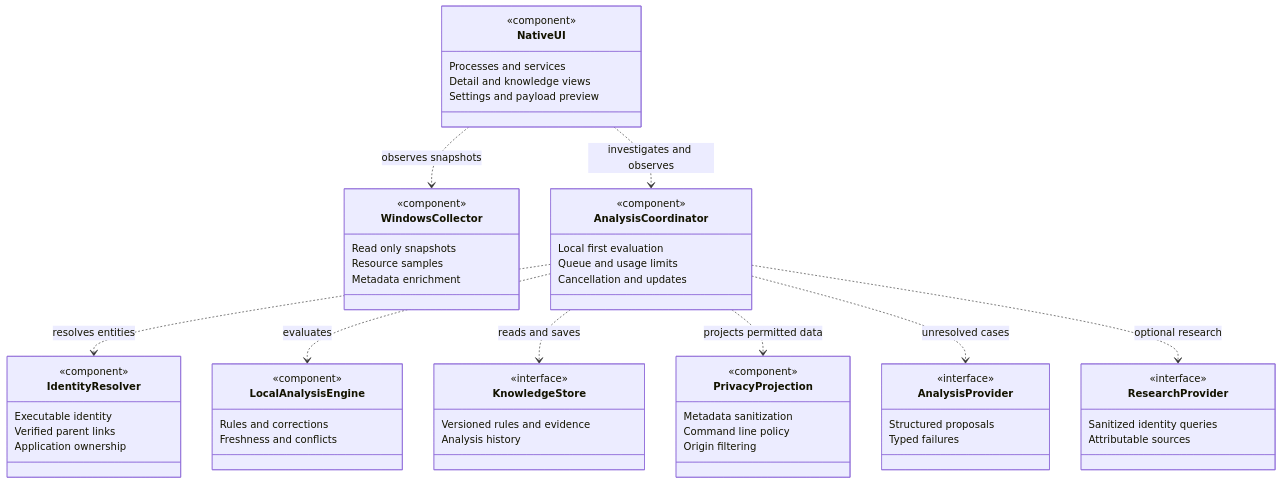
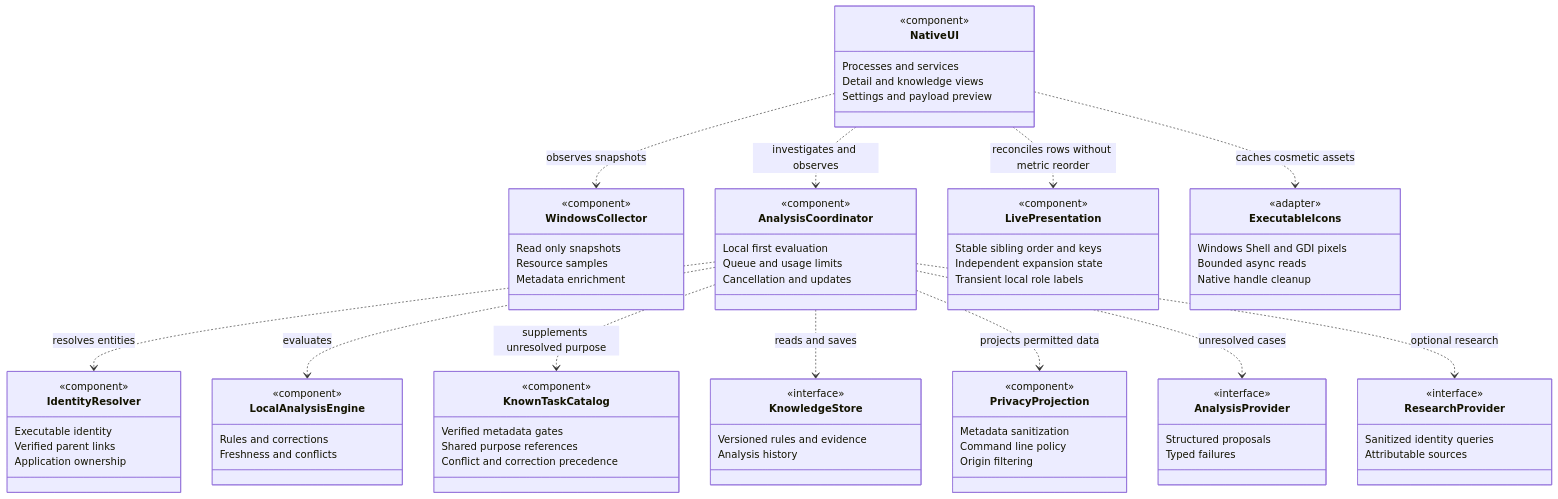
Before and after one commit to kiforsbe/procsight: the first of 6 diagrams in ARCHITECTURE.md, drawn with Mermaid. The commit also changed other lines of this file and 31 other files, not shown here.

Commit message:
fix: stabilize process tree and explain known task roles

````diff
--- a/ARCHITECTURE.md
+++ b/ARCHITECTURE.md
@@ -49,61 +52,82 @@
 ```mermaid
 classDiagram
     class NativeUI {
         <<component>>
         Processes and services
         Detail and knowledge views
         Settings and payload preview
     }
     class WindowsCollector {
         <<component>>
         Read only snapshots
         Resource samples
         Metadata enrichment
     }
     class IdentityResolver {
         <<component>>
         Executable identity
         Verified parent links
         Application ownership
     }
     class AnalysisCoordinator {
         <<component>>
         Local first evaluation
         Queue and usage limits
         Cancellation and updates
     }
     class LocalAnalysisEngine {
         <<component>>
         Rules and corrections
         Freshness and conflicts
     }
     class PrivacyProjection {
         <<component>>
         Metadata sanitization
         Command line policy
         Origin filtering
     }
     class KnowledgeStore {
         <<interface>>
         Versioned rules and evidence
         Analysis history
     }
     class AnalysisProvider {
         <<interface>>
         Structured proposals
         Typed failures
     }
     class ResearchProvider {
         <<interface>>
         Sanitized identity queries
         Attributable sources
     }
+    class KnownTaskCatalog {
+        <<component>>
+        Verified metadata gates
+        Shared purpose references
+        Conflict and correction precedence
+    }
+    class LivePresentation {
+        <<component>>
+        Stable sibling order and keys
+        Independent expansion state
+        Transient local role labels
+    }
+    class ExecutableIcons {
+        <<adapter>>
+        Windows Shell and GDI pixels
+        Bounded async reads
+        Native handle cleanup
+    }
     NativeUI ..> WindowsCollector : observes snapshots
+    NativeUI ..> LivePresentation : reconciles rows without metric reorder
+    NativeUI ..> ExecutableIcons : caches cosmetic assets
     NativeUI ..> AnalysisCoordinator : investigates and observes
     AnalysisCoordinator ..> IdentityResolver : resolves entities
     AnalysisCoordinator ..> LocalAnalysisEngine : evaluates
+    AnalysisCoordinator ..> KnownTaskCatalog : supplements unresolved purpose
     AnalysisCoordinator ..> KnowledgeStore : reads and saves
     AnalysisCoordinator ..> PrivacyProjection : projects permitted data
     AnalysisCoordinator ..> AnalysisProvider : unresolved cases
     AnalysisCoordinator ..> ResearchProvider : optional research
 ```
````
